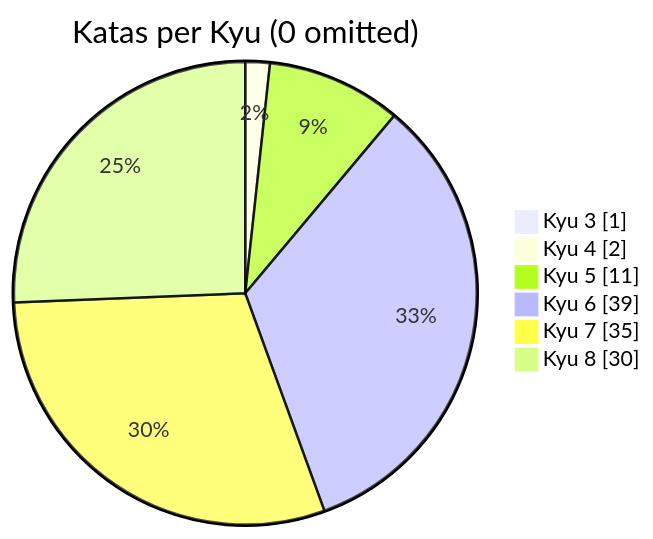
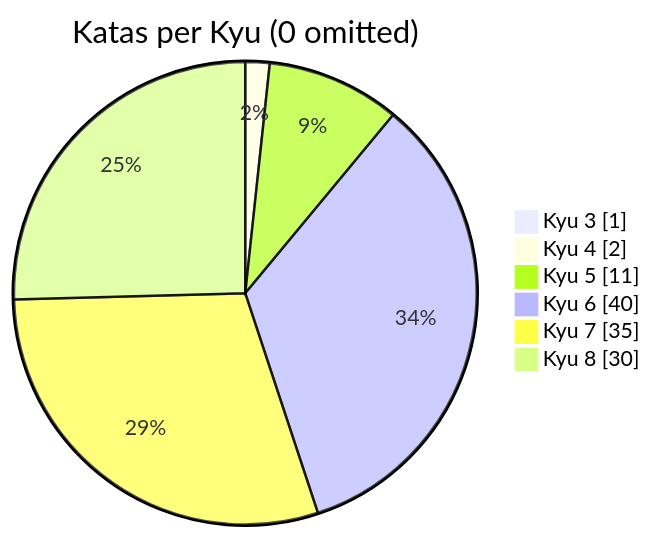
One commit to MauricioLudwig/codewars-typescript changed the diagram in README.md. Above: the diagram before and after it, drawn with Mermaid. The commit also changed other lines of this file, not shown here.

````diff
--- a/README.md
+++ b/README.md
@@ -21,10 +21,10 @@
 ```mermaid
 pie showData
     title Katas per Kyu (0 omitted)
 	"Kyu 3": 1
 	"Kyu 4": 2
 	"Kyu 5": 11
-	"Kyu 6": 39
+	"Kyu 6": 40
 	"Kyu 7": 35
 	"Kyu 8": 30
 ```
````
